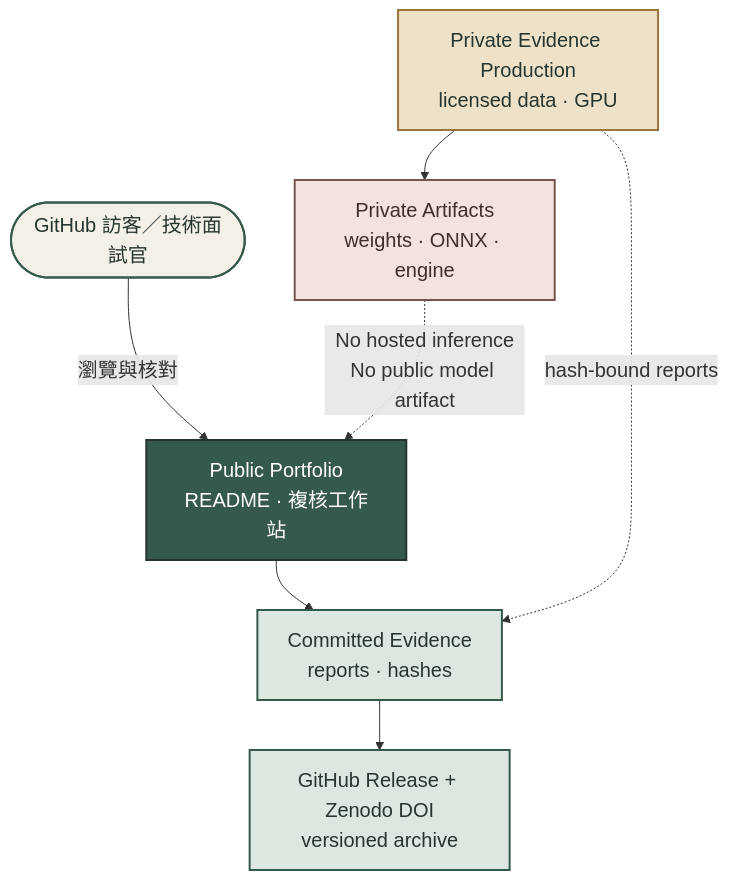
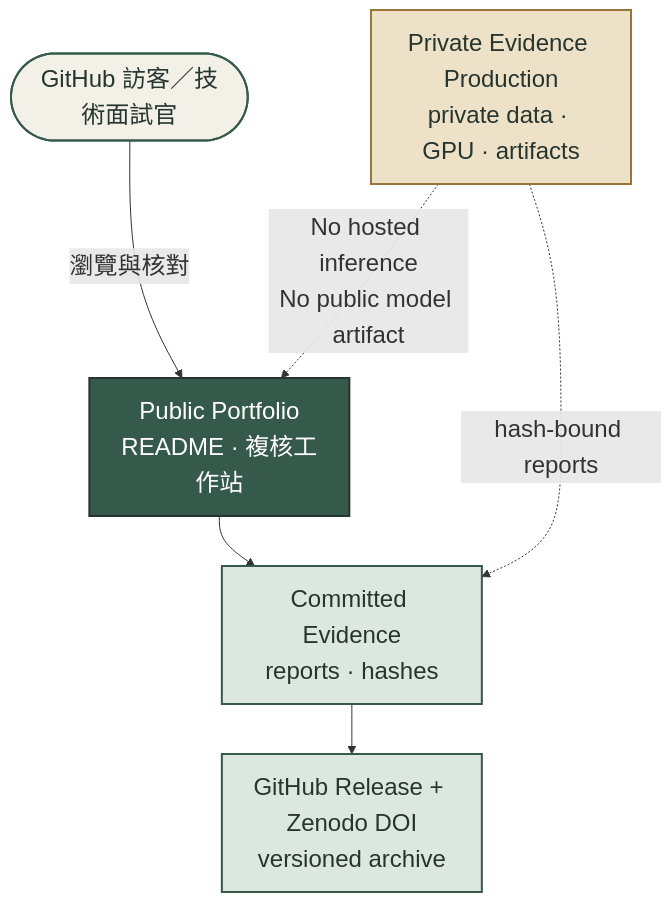
Before and after one commit to kuotunyu/pcb-defect-detection: the first of 5 diagrams in README.md, drawn with Mermaid. The commit also changed other lines of this file and 2 other files, not shown here.

Commit message:
docs: increase Mermaid diagram legibility

````diff
--- a/README.md
+++ b/README.md
@@ -46,31 +46,28 @@
 ```mermaid
-%%{init: {'themeVariables': {'fontSize': '20px'}}}%%
+%%{init: {'themeVariables': {'fontSize': '24px'}}}%%
 flowchart TB
     accTitle: PCB 瑕疵偵測系統全貌與公開證據邊界
     accDescr: GitHub 訪客由公開作品集閱讀 committed evidence；受授權資料、GPU 工作與模型 artifacts 留在 private boundary，只發布 hash-bound reports。
 
     Visitor(["GitHub 訪客／技術面試官"])
     Portfolio["Public Portfolio<br/>README · 複核工作站"]
     Evidence["Committed Evidence<br/>reports · hashes"]
-    Production["Private Evidence Production<br/>licensed data · GPU"]
-    Artifacts["Private Artifacts<br/>weights · ONNX · engine"]
+    Private["Private Evidence Production<br/>private data · GPU · artifacts"]
     Archive["GitHub Release + Zenodo DOI<br/>versioned archive"]
 
     Visitor -->|瀏覽與核對| Portfolio
     Portfolio --> Evidence --> Archive
-    Production --> Artifacts
-    Production -.->|hash-bound reports| Evidence
-    Artifacts -.->|No hosted inference<br/>No public model artifact| Portfolio
+    Private -.->|hash-bound reports| Evidence
+    Private -.->|No hosted inference<br/>No public model artifact| Portfolio
 
     classDef actor fill:#F3F0E8,stroke:#35594A,stroke-width:2px,color:#26352F
     classDef public fill:#35594A,stroke:#26352F,stroke-width:2px,color:#FFFFFF
     classDef evidence fill:#DCE7DF,stroke:#35594A,stroke-width:2px,color:#26352F
     classDef private fill:#EDE2C8,stroke:#9A7438,stroke-width:2px,color:#26352F
     classDef blocked fill:#F3E2DD,stroke:#785650,stroke-width:2px,color:#3F2E2B
 
     class Visitor actor
     class Portfolio public
     class Evidence,Archive evidence
-    class Production private
-    class Artifacts blocked
+    class Private private
 ```
````
